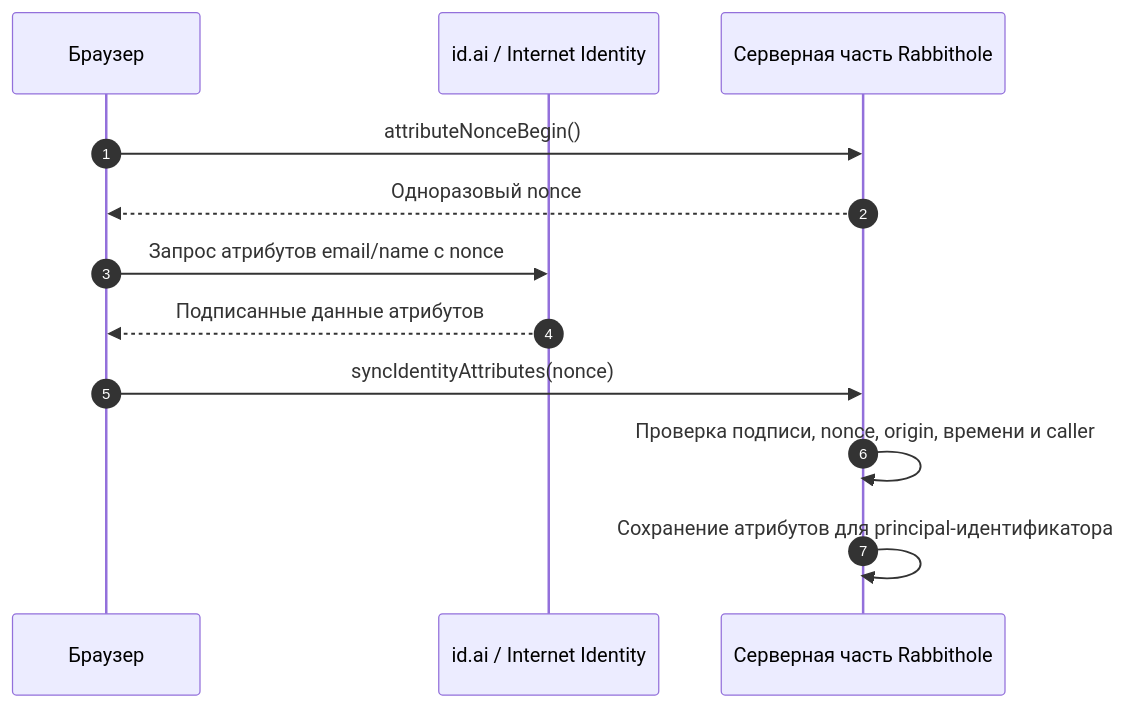
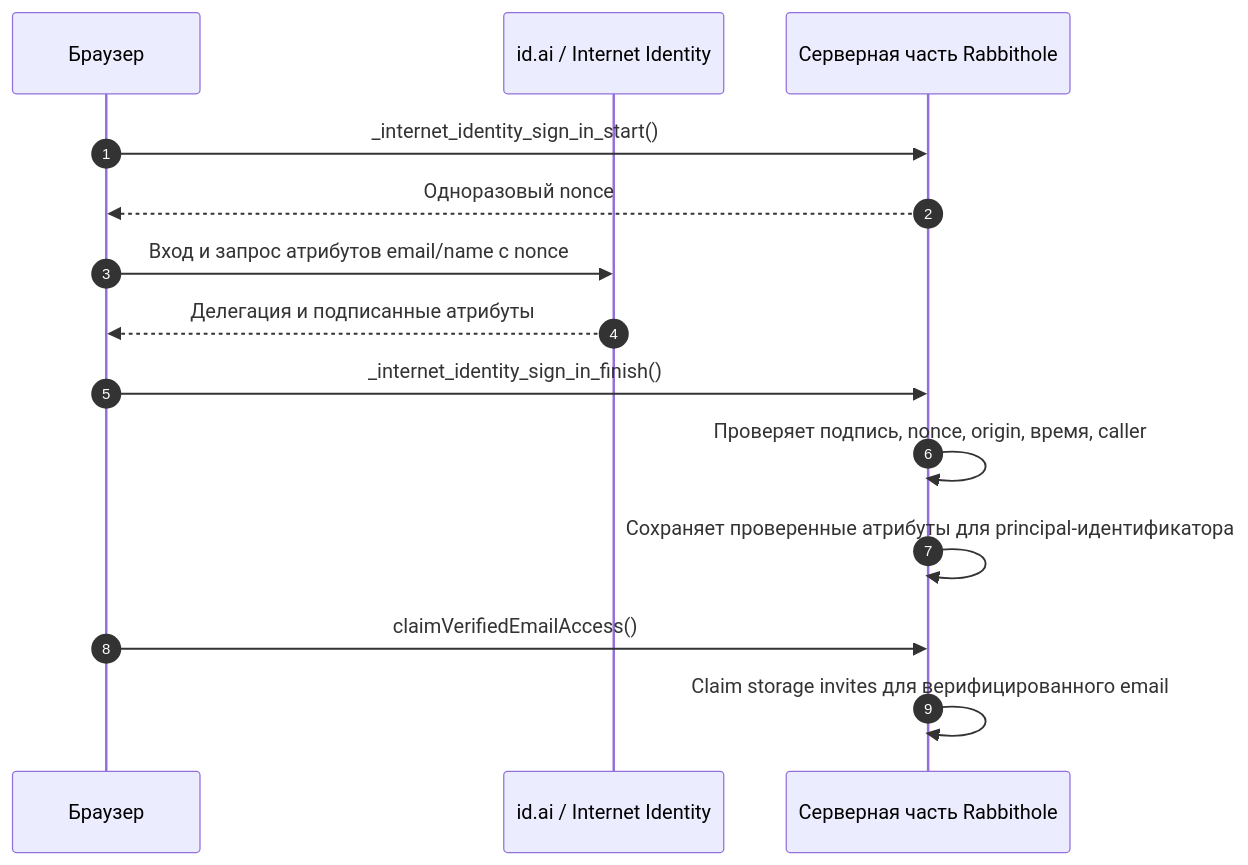
Before and after one commit to rabbithole-app/v2: the fourth of 4 diagrams in apps/docs/src/ru/how-it-works/authentication.md, drawn with Mermaid. The commit also changed other lines of this file and 46 other files, not shown here.

````diff
--- a/apps/docs/src/ru/how-it-works/authentication.md
+++ b/apps/docs/src/ru/how-it-works/authentication.md
@@ -235,15 +239,17 @@
 ```mermaid
 sequenceDiagram
     autonumber
     participant B as Браузер
     participant II as id.ai / Internet Identity
     participant API as Серверная часть Rabbithole
 
-    B->>API: attributeNonceBegin()
+    B->>API: _internet_identity_sign_in_start()
     API-->>B: Одноразовый nonce
-    B->>II: Запрос атрибутов email/name с nonce
-    II-->>B: Подписанные данные атрибутов
-    B->>API: syncIdentityAttributes(nonce)
-    API->>API: Проверка подписи, nonce, origin, времени и caller
-    API->>API: Сохранение атрибутов для principal-идентификатора
+    B->>II: Вход и запрос атрибутов email/name с nonce
+    II-->>B: Делегация и подписанные атрибуты
+    B->>API: _internet_identity_sign_in_finish()
+    API->>API: Проверяет подпись, nonce, origin, время, caller
+    API->>API: Сохраняет проверенные атрибуты для principal-идентификатора
+    B->>API: claimVerifiedEmailAccess()
+    API->>API: Claim storage invites для верифицированного email
 ```
````
